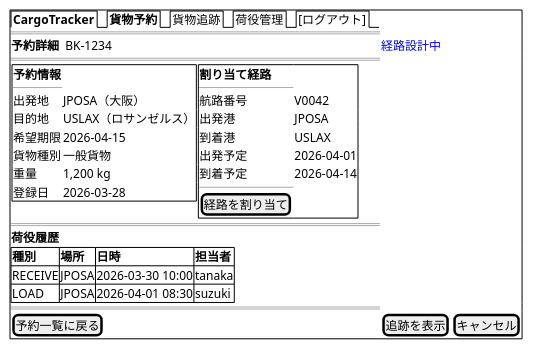
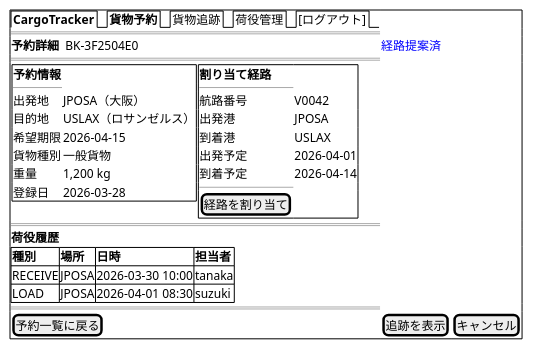
The tenth of 21 diagrams in docs/design/ui_design.md (k2works/case-study-cargo-tracker), drawn with PlantUML before and after one commit. The commit also changed other lines of this file and 8 other files, not shown here.

````diff
--- a/docs/design/ui_design.md
+++ b/docs/design/ui_design.md
@@ -644,42 +644,42 @@
 ```plantuml
 @startsalt
 {+
   {/ <b>CargoTracker</b> | <b>貨物予約</b> | 貨物追跡 | 荷役管理 | [ログアウト] }
   ==
-  <b>予約詳細</b>  BK-1234  |  <color:blue>経路設計中</color>
+  <b>予約詳細</b>  BK-3F2504E0  |  <color:blue>経路提案済</color>
   ==
   {
     {+
       <b>予約情報</b>
       ----
       出発地     | JPOSA（大阪）
       目的地     | USLAX（ロサンゼルス）
       希望期限   | 2026-04-15
       貨物種別   | 一般貨物
       重量       | 1,200 kg
       登録日     | 2026-03-28
     } |
     {+
       <b>割り当て経路</b>
       ----
       航路番号   | V0042
       出発港     | JPOSA
       到着港     | USLAX
       出発予定   | 2026-04-01
       到着予定   | 2026-04-14
       ----
       [経路を割り当て]
     }
   }
   ==
   <b>荷役履歴</b>
   {#
     **種別** | **場所** | **日時** | **担当者**
     RECEIVE  | JPOSA    | 2026-03-30 10:00 | tanaka
     LOAD     | JPOSA    | 2026-04-01 08:30 | suzuki
   }
   ==
   [予約一覧に戻る] | [追跡を表示] | [キャンセル]
 }
 @endsalt
 ```
````
